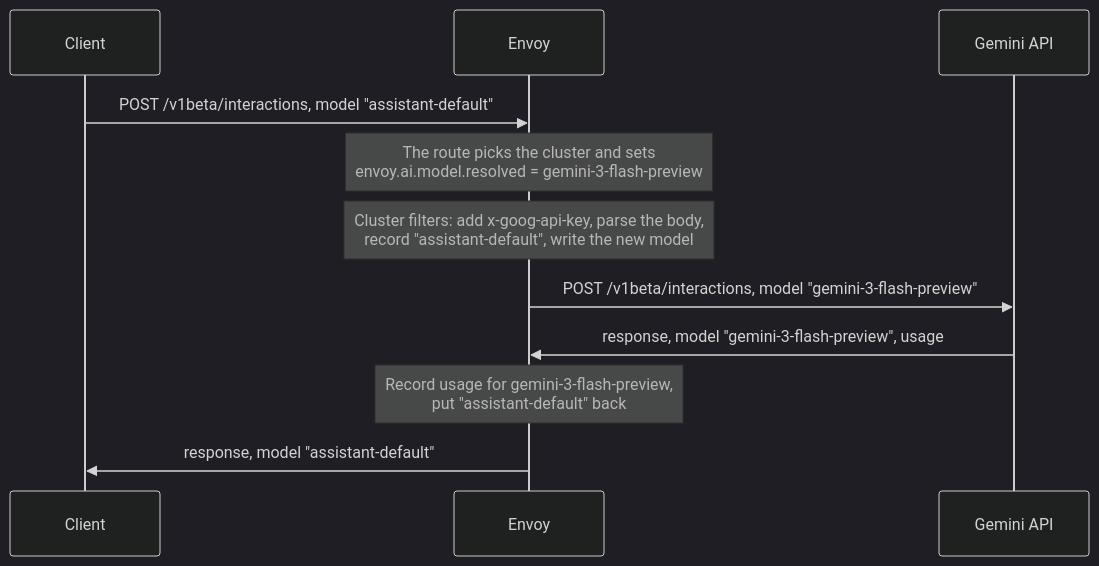
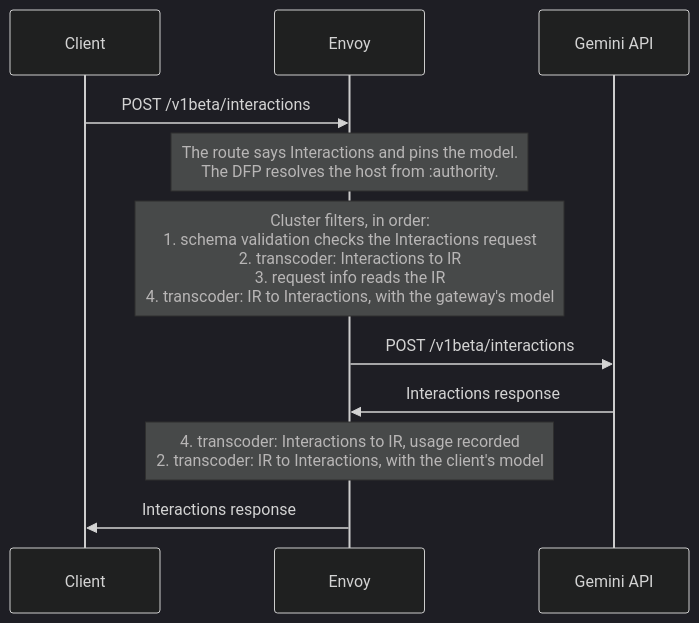
Before and after one commit to botengyao/envoy: the diagram in source/docs/ai_gemini_interactions.md, drawn with Mermaid (dark theme). The commit also changed other lines of this file, not shown here.

Commit message:
ai_protocol_manager: design Gemini Interactions around the IR

````diff
--- a/source/docs/ai_gemini_interactions.md
+++ b/source/docs/ai_gemini_interactions.md
@@ -64,13 +151,13 @@
 ```mermaid
 sequenceDiagram
     participant C as Client
     participant E as Envoy
     participant G as Gemini API
-    C->>E: POST /v1beta/interactions, model "assistant-default"
-    Note over E: The route picks the cluster and sets<br/>envoy.ai.model.resolved = gemini-3-flash-preview
-    Note over E: Cluster filters: add x-goog-api-key, parse the body,<br/>record "assistant-default", write the new model
-    E->>G: POST /v1beta/interactions, model "gemini-3-flash-preview"
-    G->>E: response, model "gemini-3-flash-preview", usage
-    Note over E: Record usage for gemini-3-flash-preview,<br/>put "assistant-default" back
-    E->>C: response, model "assistant-default"
+    C->>E: POST /v1beta/interactions
+    Note over E: The route says Interactions and pins the model.<br/>The DFP resolves the host from :authority.
+    Note over E: Cluster filters, in order:<br/>1. schema validation checks the Interactions request<br/>2. transcoder: Interactions to IR<br/>3. request info reads the IR<br/>4. transcoder: IR to Interactions, with the gateway's model
+    E->>G: POST /v1beta/interactions
+    G->>E: Interactions response
+    Note over E: 4. transcoder: Interactions to IR, usage recorded<br/>2. transcoder: IR to Interactions, with the client's model
+    E->>C: Interactions response
 ```
````
